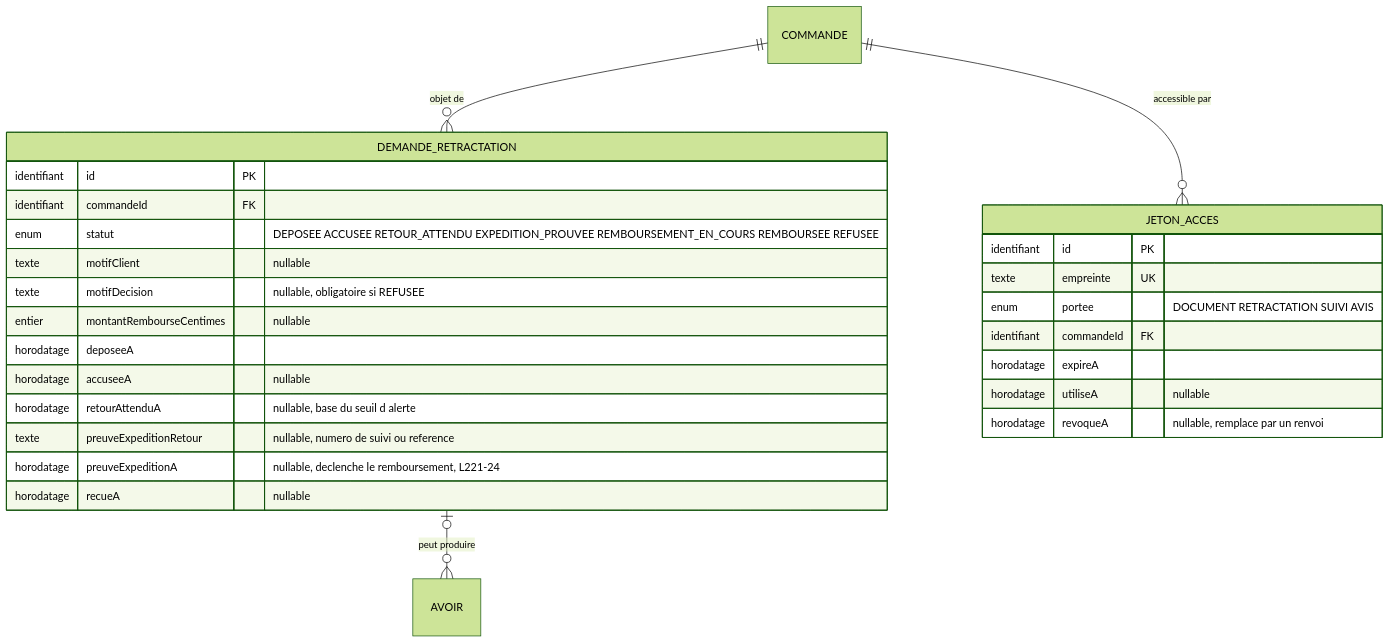
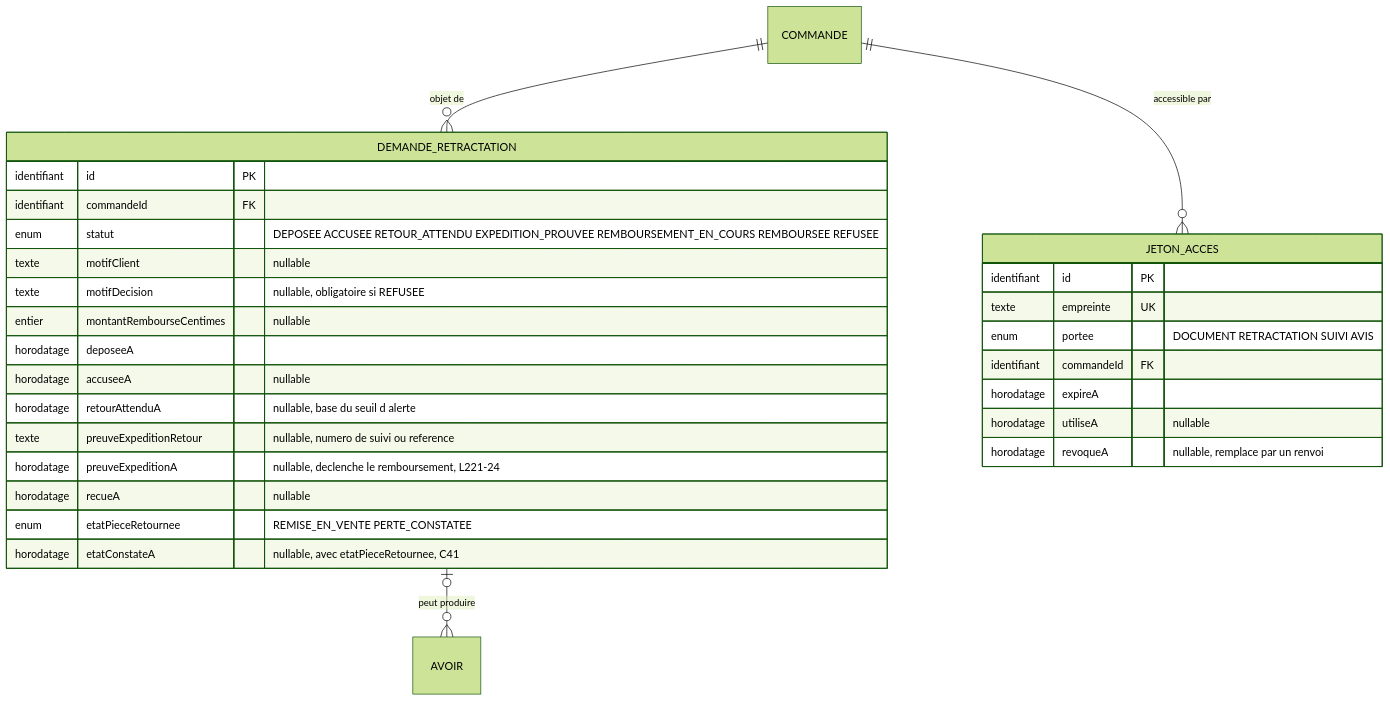
The seventh of 9 diagrams in docs/architecture/MODELE-CONCEPTUEL.md (krismos64/lune-soleil), drawn with Mermaid (forest theme) before and after one commit. The commit also changed 6 other files, not shown here.

````diff
--- a/docs/architecture/MODELE-CONCEPTUEL.md
+++ b/docs/architecture/MODELE-CONCEPTUEL.md
@@ -890,30 +890,32 @@
 ```mermaid
 erDiagram
     COMMANDE ||--o{ DEMANDE_RETRACTATION : "objet de"
     COMMANDE ||--o{ JETON_ACCES : "accessible par"
     DEMANDE_RETRACTATION |o--o{ AVOIR : "peut produire"
 
     DEMANDE_RETRACTATION {
         identifiant id PK
         identifiant commandeId FK
         enum statut "DEPOSEE ACCUSEE RETOUR_ATTENDU EXPEDITION_PROUVEE REMBOURSEMENT_EN_COURS REMBOURSEE REFUSEE"
         texte motifClient "nullable"
         texte motifDecision "nullable, obligatoire si REFUSEE"
         entier montantRembourseCentimes "nullable"
         horodatage deposeeA
         horodatage accuseeA "nullable"
         horodatage retourAttenduA "nullable, base du seuil d alerte"
         texte preuveExpeditionRetour "nullable, numero de suivi ou reference"
         horodatage preuveExpeditionA "nullable, declenche le remboursement, L221-24"
         horodatage recueA "nullable"
+        enum etatPieceRetournee "REMISE_EN_VENTE PERTE_CONSTATEE"
+        horodatage etatConstateA "nullable, avec etatPieceRetournee, C41"
     }
     JETON_ACCES {
         identifiant id PK
         texte empreinte UK
         enum portee "DOCUMENT RETRACTATION SUIVI AVIS"
         identifiant commandeId FK
         horodatage expireA
         horodatage utiliseA "nullable"
         horodatage revoqueA "nullable, remplace par un renvoi"
     }
 ```
````
